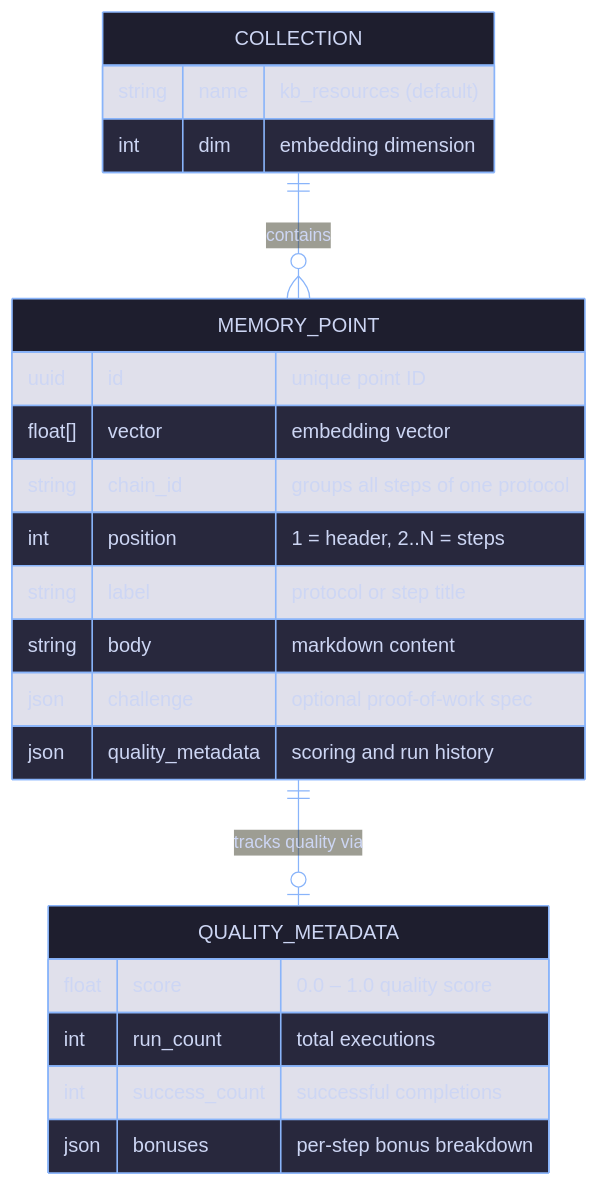
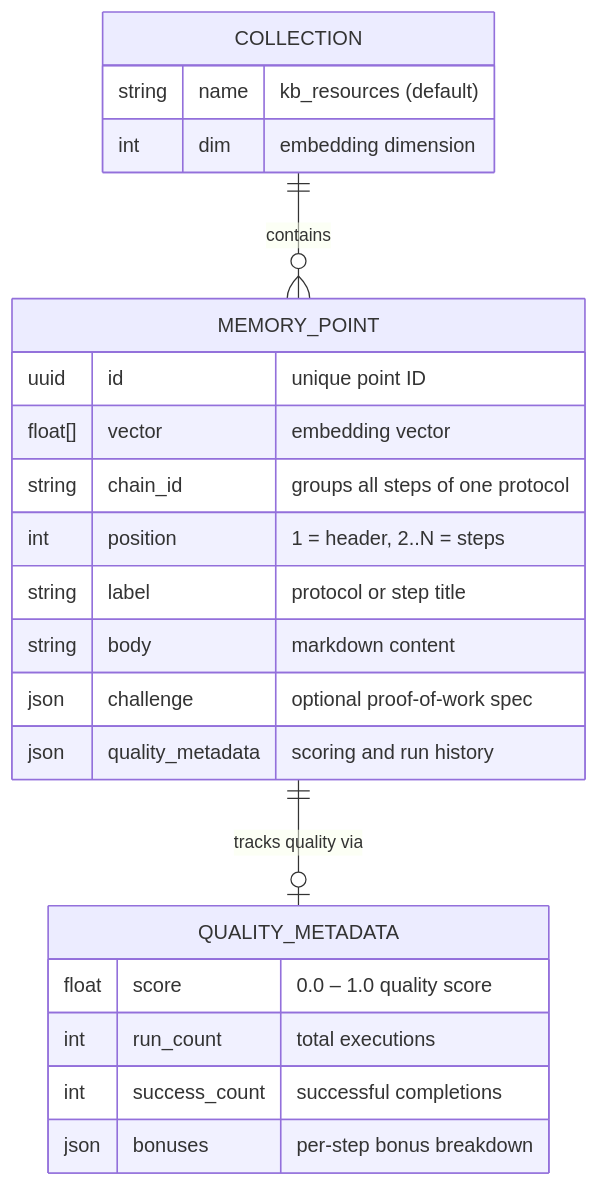
The fourth of 5 diagrams in docs/architecture/infrastructure.md (debian777/kairos-mcp), drawn with Mermaid before and after one commit. The commit also changed other lines of this file, not shown here.

First line of the commit message:
docs: switch Mermaid diagrams to light-friendly colors for GitHub

````diff
--- a/docs/architecture/infrastructure.md
+++ b/docs/architecture/infrastructure.md
@@ -325,29 +310,28 @@
 ```mermaid
-%%{init: {'theme': 'base', 'themeVariables': {'primaryColor': '#1e1e2e', 'primaryTextColor': '#cdd6f4', 'primaryBorderColor': '#89b4fa', 'lineColor': '#89b4fa', 'attributeBackgroundColorEven': '#181825', 'attributeBackgroundColorOdd': '#1e1e2e'}}}%%
 erDiagram
     COLLECTION {
         string name   "kb_resources (default)"
         int    dim    "embedding dimension"
     }
 
     MEMORY_POINT {
         uuid    id               "unique point ID"
         float[] vector           "embedding vector"
         string  chain_id         "groups all steps of one protocol"
         int     position         "1 = header, 2..N = steps"
         string  label            "protocol or step title"
         string  body             "markdown content"
         json    challenge        "optional proof-of-work spec"
         json    quality_metadata "scoring and run history"
     }
 
     QUALITY_METADATA {
         float   score            "0.0 – 1.0 quality score"
         int     run_count        "total executions"
         int     success_count    "successful completions"
         json    bonuses          "per-step bonus breakdown"
     }
 
-    COLLECTION     ||--o{ MEMORY_POINT  : "contains"
+    COLLECTION     ||--o{ MEMORY_POINT    : "contains"
     MEMORY_POINT   ||--o| QUALITY_METADATA : "tracks quality via"
 ```
````
